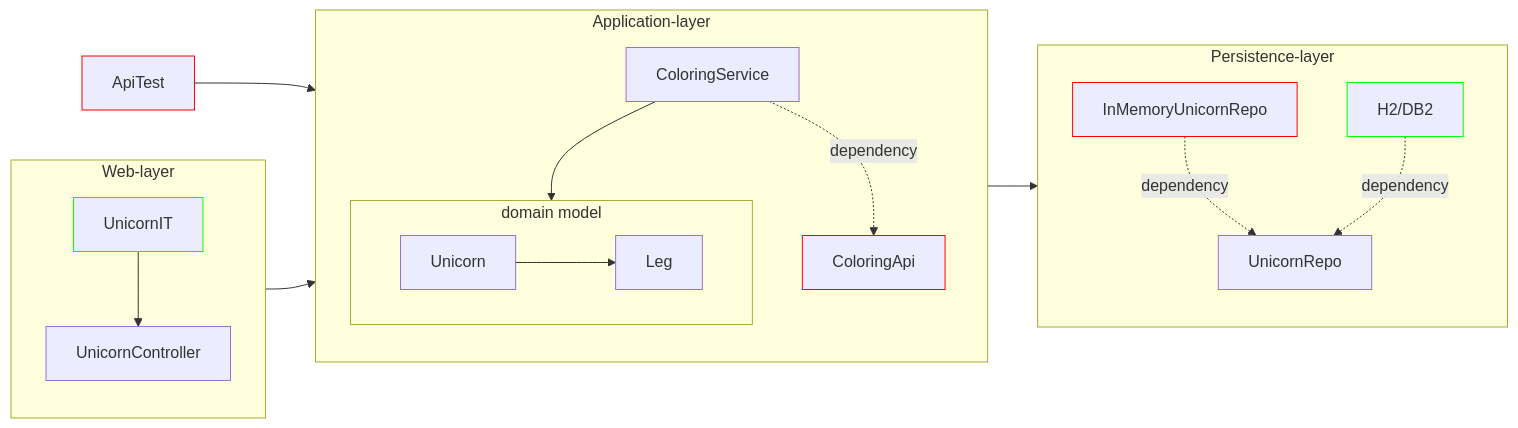
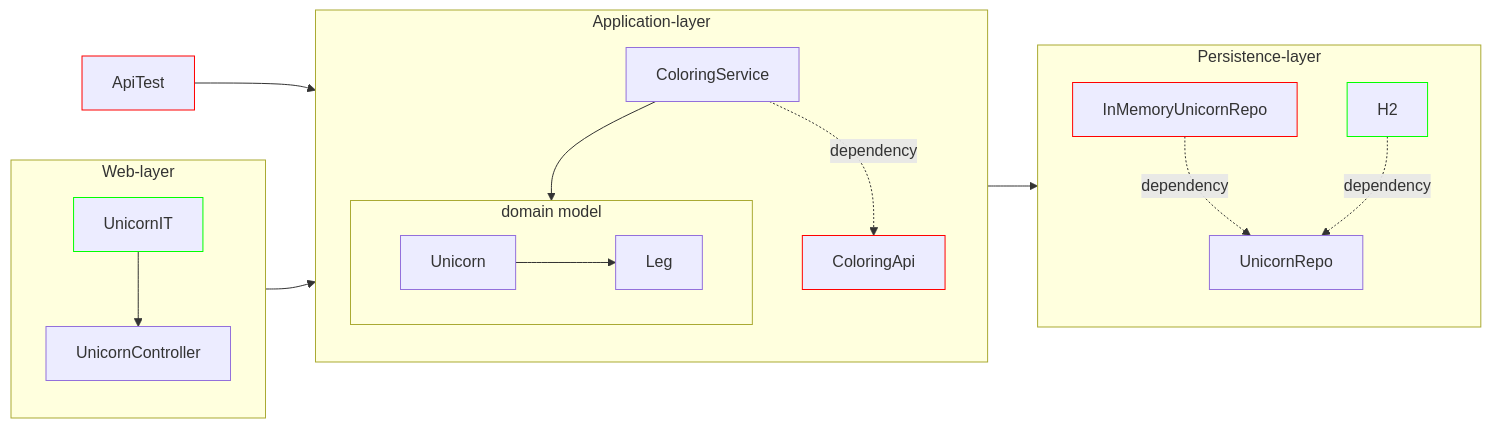
One commit to AukeHaanstra/unicorn changed the fifth of 5 diagrams in README.md. Above: the diagram before and after it, drawn with Mermaid. The commit also changed other lines of this file, not shown here.

Commit message:
Removed irrelevant db type.

````diff
--- a/README.md
+++ b/README.md
@@ -247,30 +247,30 @@
 ```mermaid
 flowchart LR
     subgraph weblayer[Web-layer]
         direction TB
         UnicornIT --> UnicornController
     end
     subgraph applayer[Application-layer]
         subgraph domain[domain model]
             direction LR
             Unicorn --> Leg
         end
         ColoringService -. dependency .-> ColoringApi
     end
     subgraph persistencelayer[Persistence-layer]
         direction TB
         InMemoryUnicornRepo -. dependency .-> UnicornRepo
-        H2/DB2 -. dependency .-> UnicornRepo
+        H2 -. dependency .-> UnicornRepo
     end
     ApiTest --> applayer
     weblayer --> applayer
     ColoringService --> domain
     applayer --> persistencelayer
     classDef red stroke:#f00;
     classDef green stroke:#0f0;
     class ApiTest red;
     class UnicornIT green;
-    class H2/DB2 green;
+    class H2 green;
     class InMemoryUnicornRepo red;
     class ColoringApi red;
 ```
````
